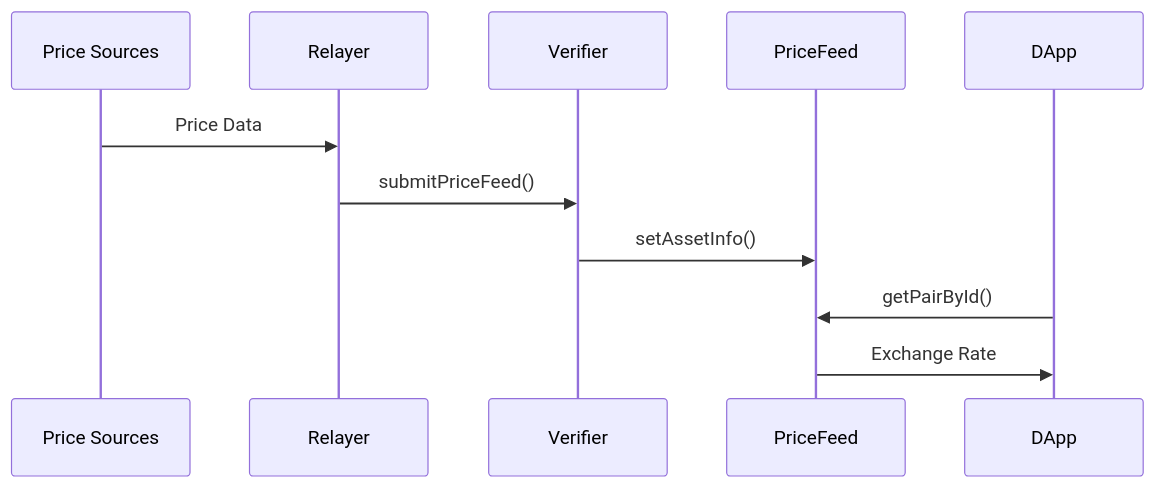
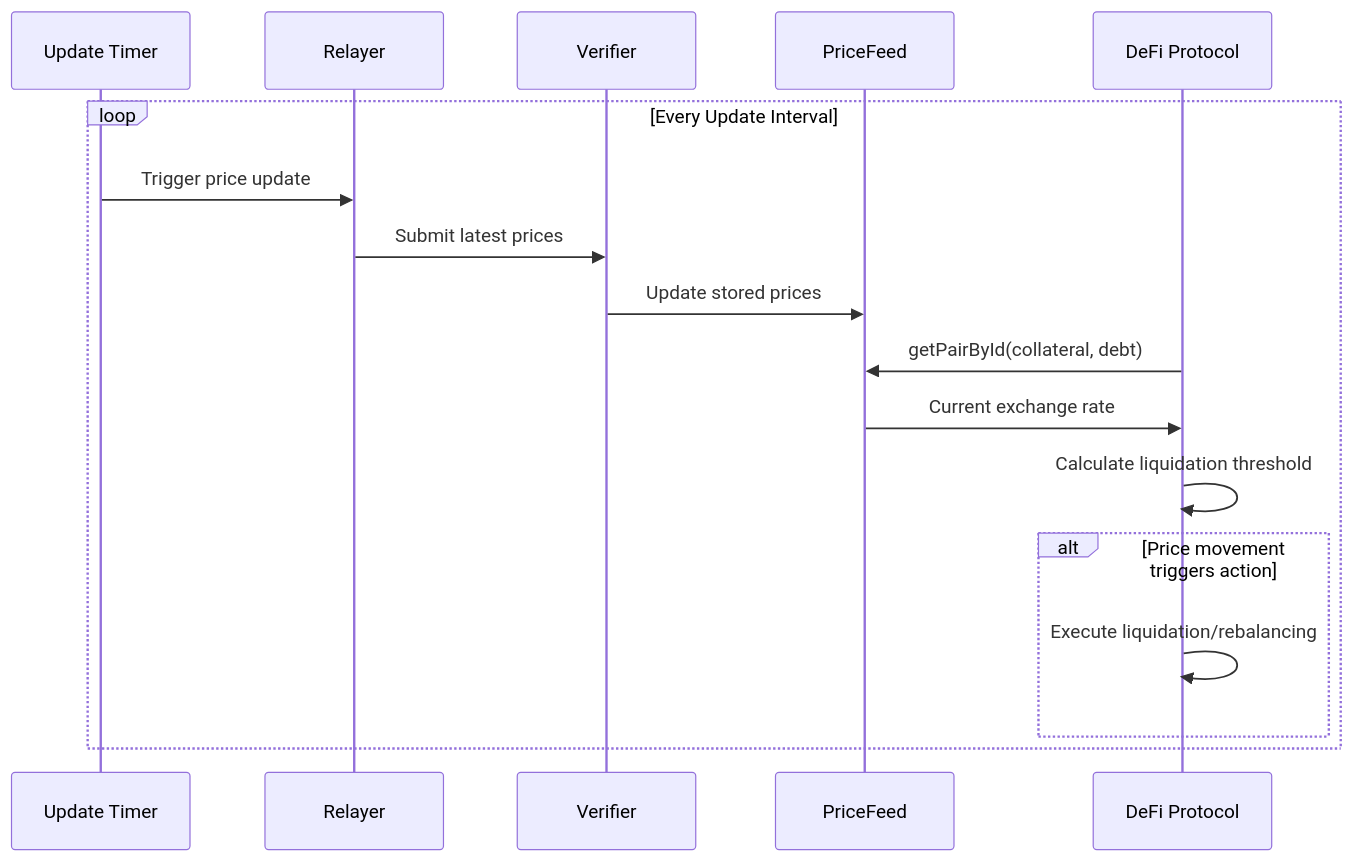
One commit to IFA-Labs/docs changed the fifth of 5 diagrams in architecture.mdx. Above: the diagram before and after it, drawn with Mermaid. The commit also changed other lines of this file and 7 other files, not shown here.

Commit message:
docs: enhance architecture.mdx with detailed technical depth, including precision mechanics, validation pipeline, and comprehensive data flow diagrams for the IFA Oracle system

````diff
--- a/architecture.mdx
+++ b/architecture.mdx
@@ -41,14 +179,22 @@
 ```mermaid
 sequenceDiagram
-    participant PS as Price Sources
+    participant Timer as Update Timer
     participant RN as Relayer
-    participant V as Verifier
+    participant V as Verifier  
     participant PF as PriceFeed
-    participant App as DApp
+    participant DeFi as DeFi Protocol
 
-    PS->>RN: Price Data
-    RN->>V: submitPriceFeed()
-    V->>PF: setAssetInfo()
-    App->>PF: getPairById()
-    PF->>App: Exchange Rate
+    loop Every Update Interval
+        Timer->>RN: Trigger price update
+        RN->>V: Submit latest prices
+        V->>PF: Update stored prices
+        
+        DeFi->>PF: getPairById(collateral, debt)
+        PF->>DeFi: Current exchange rate
+        DeFi->>DeFi: Calculate liquidation threshold
+        
+        alt Price movement triggers action
+            DeFi->>DeFi: Execute liquidation/rebalancing
+        end
+    end
 ```
````
